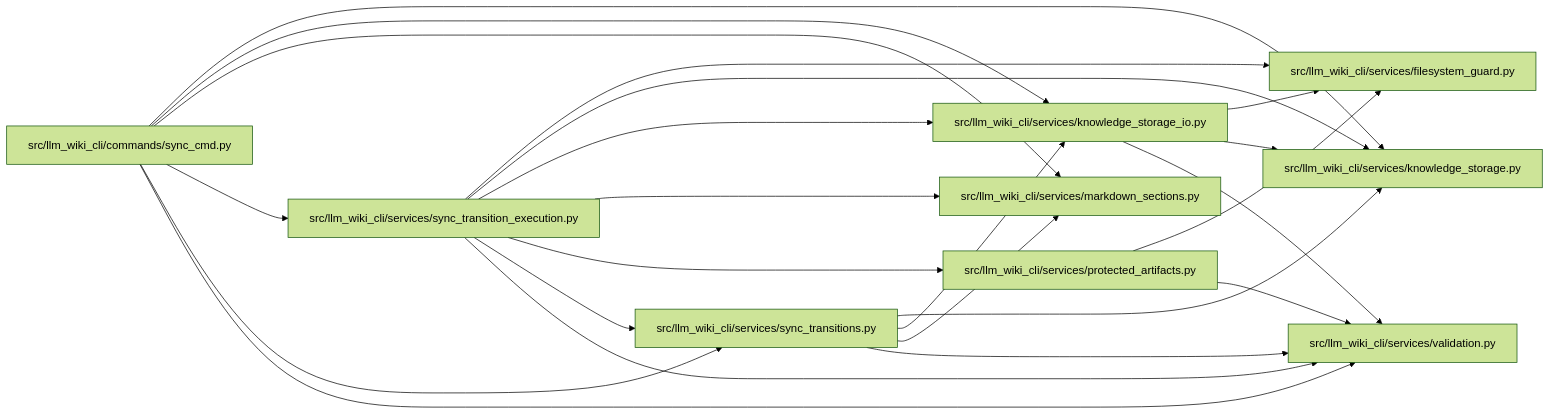
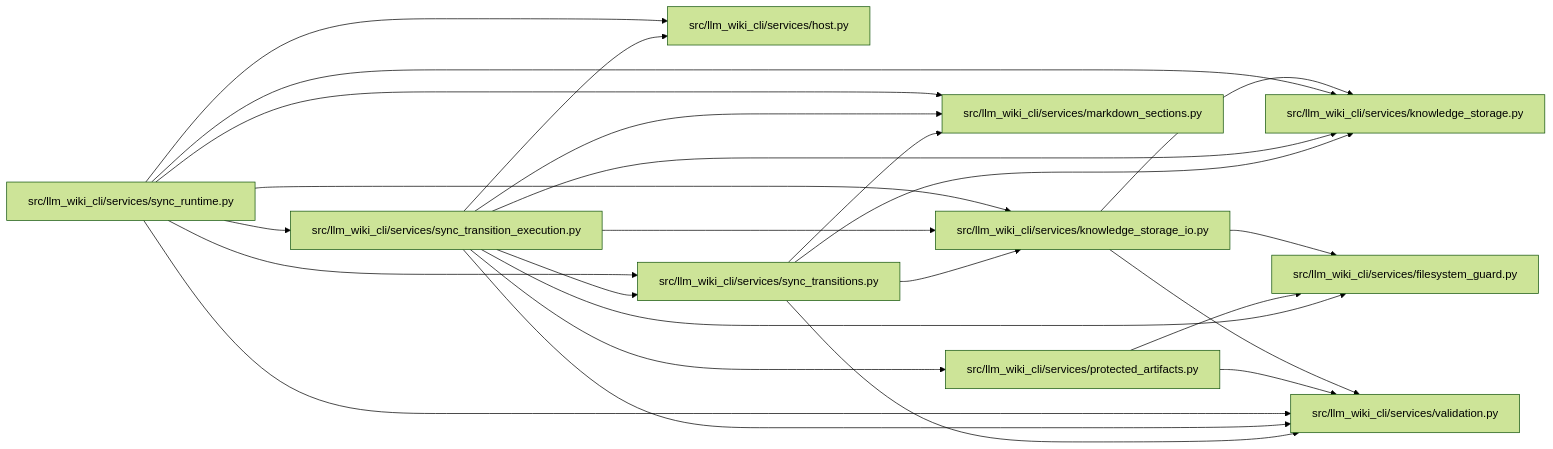
Before and after one commit to Denissvgn/python-wiki-llm: the diagram in docs/llm_wiki/modules/sync_transition_execution.md, drawn with Mermaid (forest theme). The commit also changed other lines of this file and 1555 other files, not shown here.

````diff
--- a/docs/llm_wiki/modules/sync_transition_execution.md
+++ b/docs/llm_wiki/modules/sync_transition_execution.md
@@ -31,43 +31,47 @@
 ```mermaid
 flowchart LR
-    n0["src/llm_wiki_cli/commands/sync_cmd.py"]
-    n1["src/llm_wiki_cli/services/filesystem_guard.py"]
+    n0["src/llm_wiki_cli/services/filesystem_guard.py"]
+    n1["src/llm_wiki_cli/services/host.py"]
     n2["src/llm_wiki_cli/services/knowledge_storage.py"]
     n3["src/llm_wiki_cli/services/knowledge_storage_io.py"]
     n4["src/llm_wiki_cli/services/markdown_sections.py"]
     n5["src/llm_wiki_cli/services/protected_artifacts.py"]
-    n6["src/llm_wiki_cli/services/sync_transition_execution.py"]
-    n7["src/llm_wiki_cli/services/sync_transitions.py"]
-    n8["src/llm_wiki_cli/services/validation.py"]
-    n0 --> n2
-    n0 --> n3
-    n0 --> n4
-    n0 --> n6
-    n0 --> n7
-    n0 --> n8
-    n3 --> n1
+    n6["src/llm_wiki_cli/services/sync_runtime.py"]
+    n7["src/llm_wiki_cli/services/sync_transition_execution.py"]
+    n8["src/llm_wiki_cli/services/sync_transitions.py"]
+    n9["src/llm_wiki_cli/services/validation.py"]
+    n3 --> n0
     n3 --> n2
-    n3 --> n8
-    n5 --> n1
-    n5 --> n8
+    n3 --> n9
+    n5 --> n0
+    n5 --> n9
     n6 --> n1
     n6 --> n2
     n6 --> n3
     n6 --> n4
-    n6 --> n5
     n6 --> n7
     n6 --> n8
+    n6 --> n9
+    n7 --> n0
+    n7 --> n1
     n7 --> n2
     n7 --> n3
     n7 --> n4
+    n7 --> n5
     n7 --> n8
-    click n0 "../modules/sync_cmd.md"
-    click n1 "../modules/filesystem_guard.md"
+    n7 --> n9
+    n8 --> n2
+    n8 --> n3
+    n8 --> n4
+    n8 --> n9
+    click n0 "../modules/filesystem_guard.md"
+    click n1 "../modules/host.md"
     click n2 "../modules/knowledge_storage.md"
     click n3 "../modules/knowledge_storage_io.md"
     click n4 "../modules/markdown_sections.md"
     click n5 "../modules/protected_artifacts.md"
-    click n6 "../modules/sync_transition_execution.md"
-    click n7 "../modules/sync_transitions.md"
-    click n8 "../modules/validation.md"
+    click n6 "../modules/sync_runtime.md"
+    click n7 "../modules/sync_transition_execution.md"
+    click n8 "../modules/sync_transitions.md"
+    click n9 "../modules/validation.md"
 ```
````
